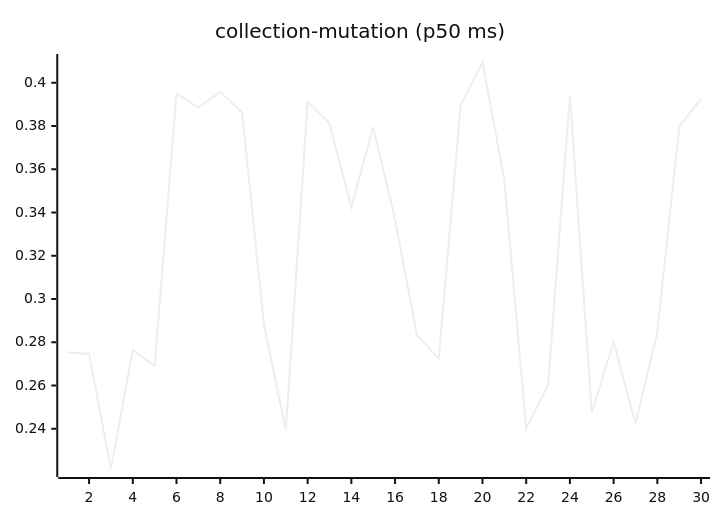
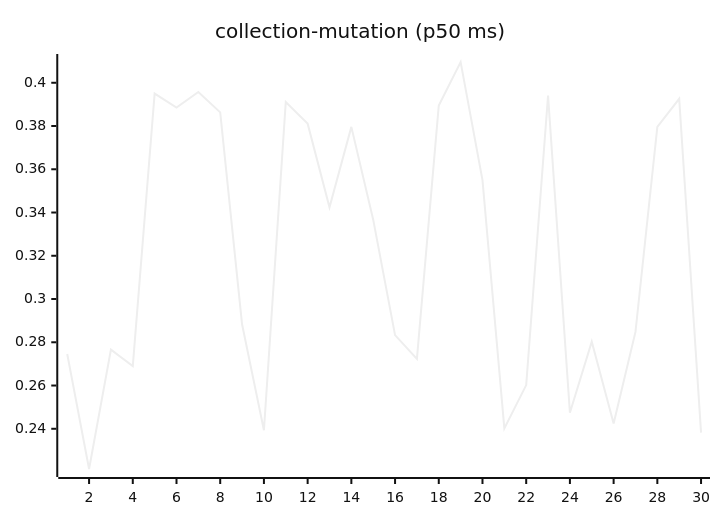
Before and after one commit to josha/Facet: the sixth of 27 diagrams in README.md, drawn with Mermaid (neutral theme). The commit also changed other lines of this file and 2 other files, not shown here.

````diff
--- a/README.md
+++ b/README.md
@@ -98,6 +98,6 @@
 ```mermaid
 xychart-beta
     title "collection-mutation (p50 ms)"
     x-axis 1 --> 30
-    line [0.2754, 0.2746, 0.2214, 0.2766, 0.2690, 0.3950, 0.3885, 0.3957, 0.3863, 0.2883, 0.2393, 0.3911, 0.3811, 0.3424, 0.3796, 0.3367, 0.2833, 0.2723, 0.3895, 0.4096, 0.3550, 0.2402, 0.2602, 0.3941, 0.2474, 0.2803, 0.2424, 0.2848, 0.3796, 0.3926]
+    line [0.2746, 0.2214, 0.2766, 0.2690, 0.3950, 0.3885, 0.3957, 0.3863, 0.2883, 0.2393, 0.3911, 0.3811, 0.3424, 0.3796, 0.3367, 0.2833, 0.2723, 0.3895, 0.4096, 0.3550, 0.2402, 0.2602, 0.3941, 0.2474, 0.2803, 0.2424, 0.2848, 0.3796, 0.3926, 0.2382]
 ```
````
